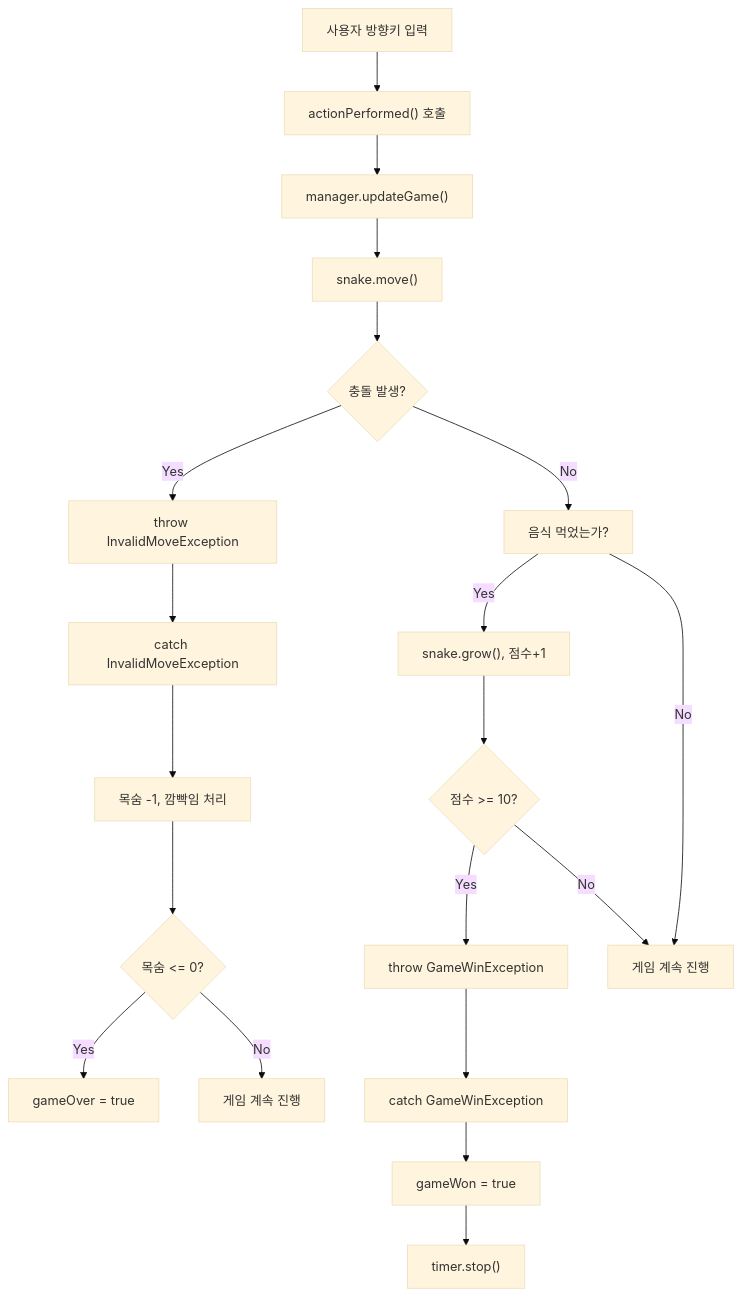
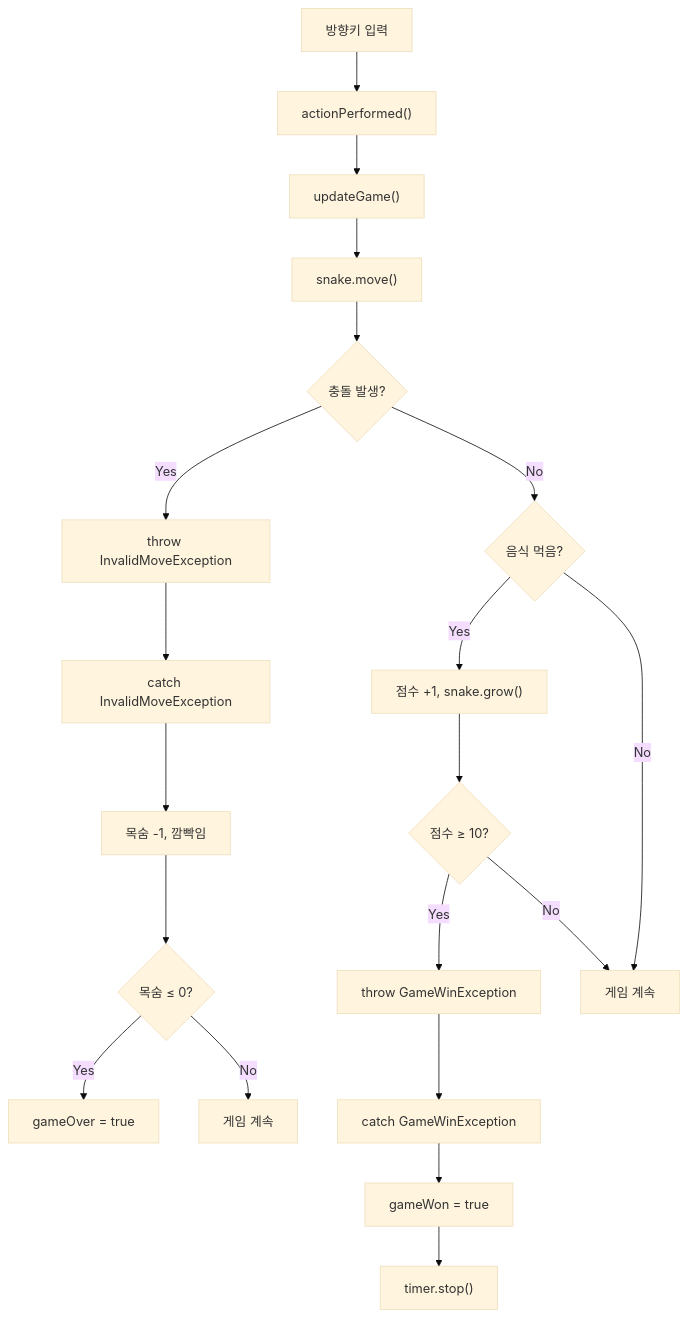
Before and after one commit to chanO4135/Java_MiniProject: the diagram in README.md, drawn with Mermaid (base theme). The commit also changed other lines of this file, not shown here.

````diff
--- a/README.md
+++ b/README.md
@@ -88,27 +70,25 @@
 ```mermaid
 flowchart TD
-    A["사용자 방향키 입력"] --> B["actionPerformed() 호출"]
-    B --> C["manager.updateGame()"]
+    A["방향키 입력"] --> B["actionPerformed()"]
+    B --> C["updateGame()"]
     C --> D["snake.move()"]
     D --> E{"충돌 발생?"}
     E -->|Yes| F["throw InvalidMoveException"]
-    E -->|No| G["음식 먹었는가?"]
-
-    G -->|Yes| H["snake.grow(), 점수+1"]
-    H --> I{"점수 >= 10?"}
+    E -->|No| G{"음식 먹음?"}
+    G -->|Yes| H["점수 +1, snake.grow()"]
+    H --> I{"점수 ≥ 10?"}
     I -->|Yes| J["throw GameWinException"]
-    I -->|No| K["게임 계속 진행"]
-
+    I -->|No| K["게임 계속"]
     G -->|No| K
 
-    %% 예외 처리
     F --> L["catch InvalidMoveException"]
-    L --> M["목숨 -1, 깜빡임 처리"]
-    M --> N{"목숨 <= 0?"}
+    L --> M["목숨 -1, 깜빡임"]
+    M --> N{"목숨 ≤ 0?"}
     N -->|Yes| O["gameOver = true"]
-    N -->|No| P["게임 계속 진행"]
+    N -->|No| P["게임 계속"]
 
     J --> Q["catch GameWinException"]
     Q --> R["gameWon = true"]
     R --> S["timer.stop()"]
+
 ```
````
